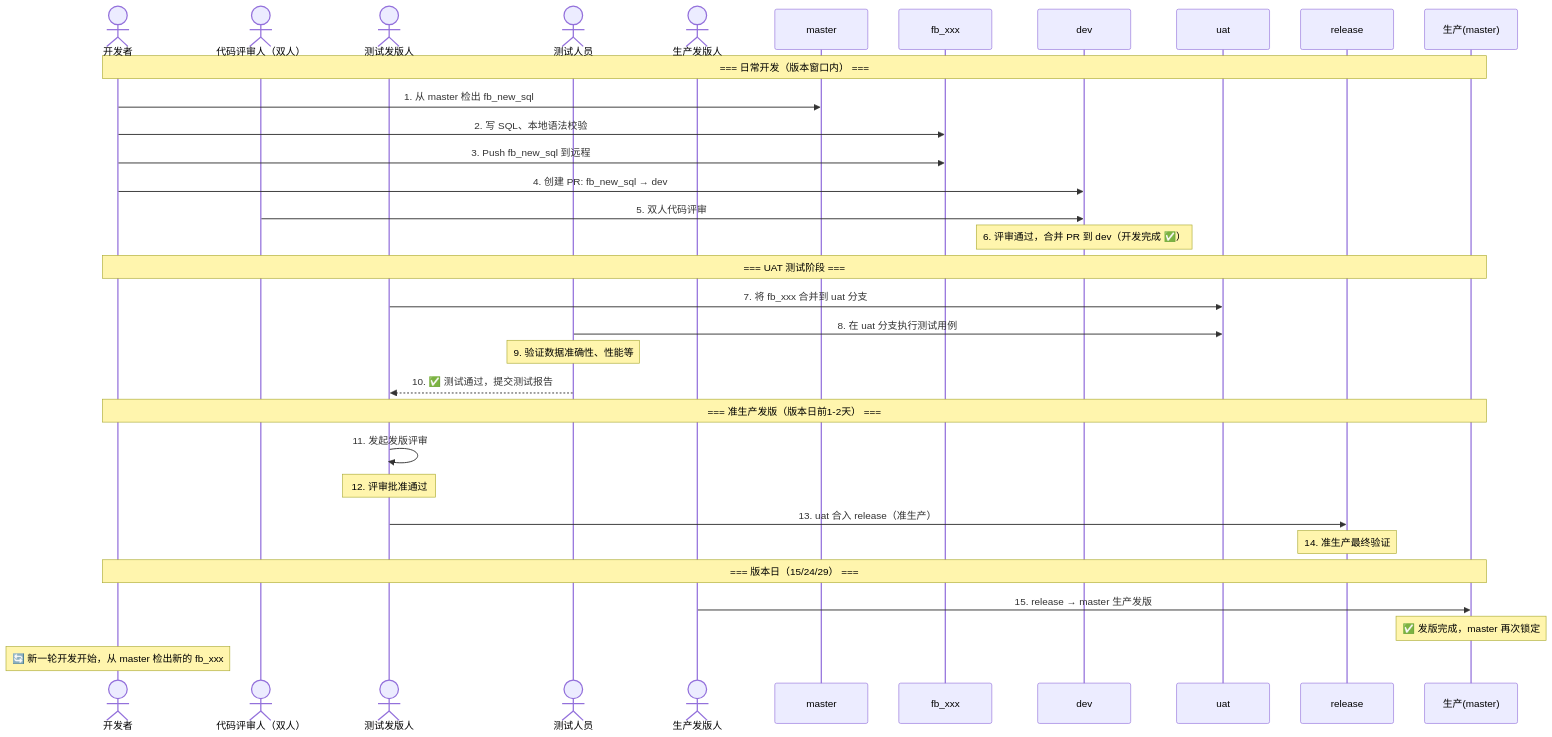
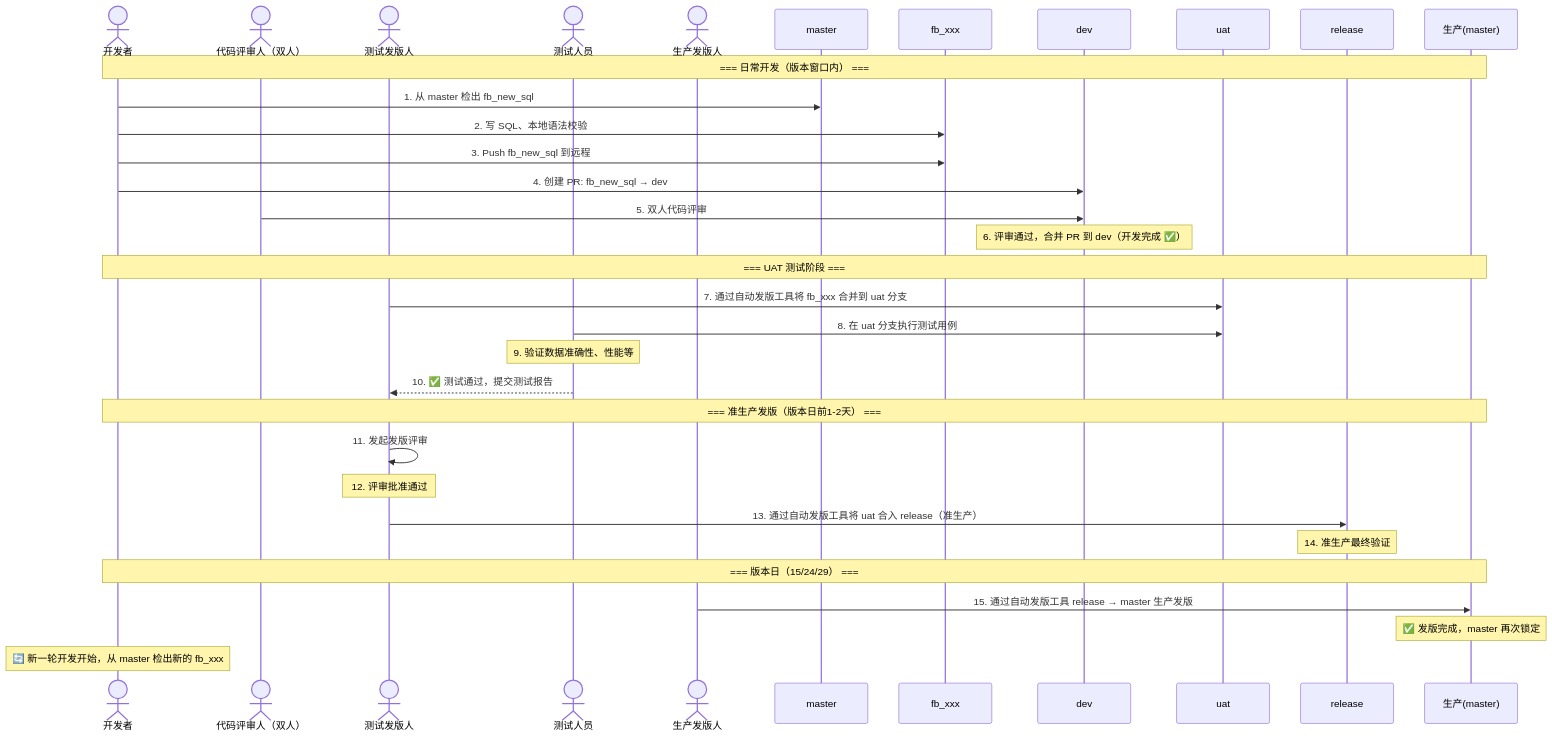
One commit to livebug/vpblogs changed the fourth of 19 diagrams in docs/learn/VSCodeEx/2026-07-11-vscode-git-guide.md. Above: the diagram before and after it, drawn with Mermaid. The commit also changed other lines of this file, not shown here.

Commit message:
docs: VSCodeEx - 时序图与流程图中标注自动发版工具

````diff
--- a/docs/learn/VSCodeEx/2026-07-11-vscode-git-guide.md
+++ b/docs/learn/VSCodeEx/2026-07-11-vscode-git-guide.md
@@ -189,39 +189,39 @@
 ```mermaid
 sequenceDiagram
     actor 你 as 开发者
     actor 评审 as 代码评审人（双人）
     actor 测试发版 as 测试发版人
     actor 测试 as 测试人员
     actor 生产发版 as 生产发版人
     participant Master as master
     participant FB as fb_xxx
     participant Dev as dev
     participant Uat as uat
     participant Rel as release
     participant Prod as 生产(master)
 
     Note over 你,Prod: === 日常开发（版本窗口内） ===
     你->>Master: 1. 从 master 检出 fb_new_sql
     你->>FB: 2. 写 SQL、本地语法校验
     你->>FB: 3. Push fb_new_sql 到远程
     你->>Dev: 4. 创建 PR: fb_new_sql → dev
     评审->>Dev: 5. 双人代码评审
     Note over Dev: 6. 评审通过，合并 PR 到 dev（开发完成 ✅）
 
     Note over 你,Prod: === UAT 测试阶段 ===
-    测试发版->>Uat: 7. 将 fb_xxx 合并到 uat 分支
+    测试发版->>Uat: 7. 通过自动发版工具将 fb_xxx 合并到 uat 分支
     测试->>Uat: 8. 在 uat 分支执行测试用例
     Note over 测试: 9. 验证数据准确性、性能等
     测试-->>测试发版: 10. ✅ 测试通过，提交测试报告
 
     Note over 你,Prod: === 准生产发版（版本日前1-2天） ===
     测试发版->>测试发版: 11. 发起发版评审
     Note over 测试发版: 12. 评审批准通过
-    测试发版->>Rel: 13. uat 合入 release（准生产）
+    测试发版->>Rel: 13. 通过自动发版工具将 uat 合入 release（准生产）
     Note over Rel: 14. 准生产最终验证
 
     Note over 你,Prod: === 版本日（15/24/29） ===
-    生产发版->>Prod: 15. release → master 生产发版
+    生产发版->>Prod: 15. 通过自动发版工具 release → master 生产发版
     Note over Prod: ✅ 发版完成，master 再次锁定
     Note over 你: 🔄 新一轮开发开始，从 master 检出新的 fb_xxx
 ```
````
